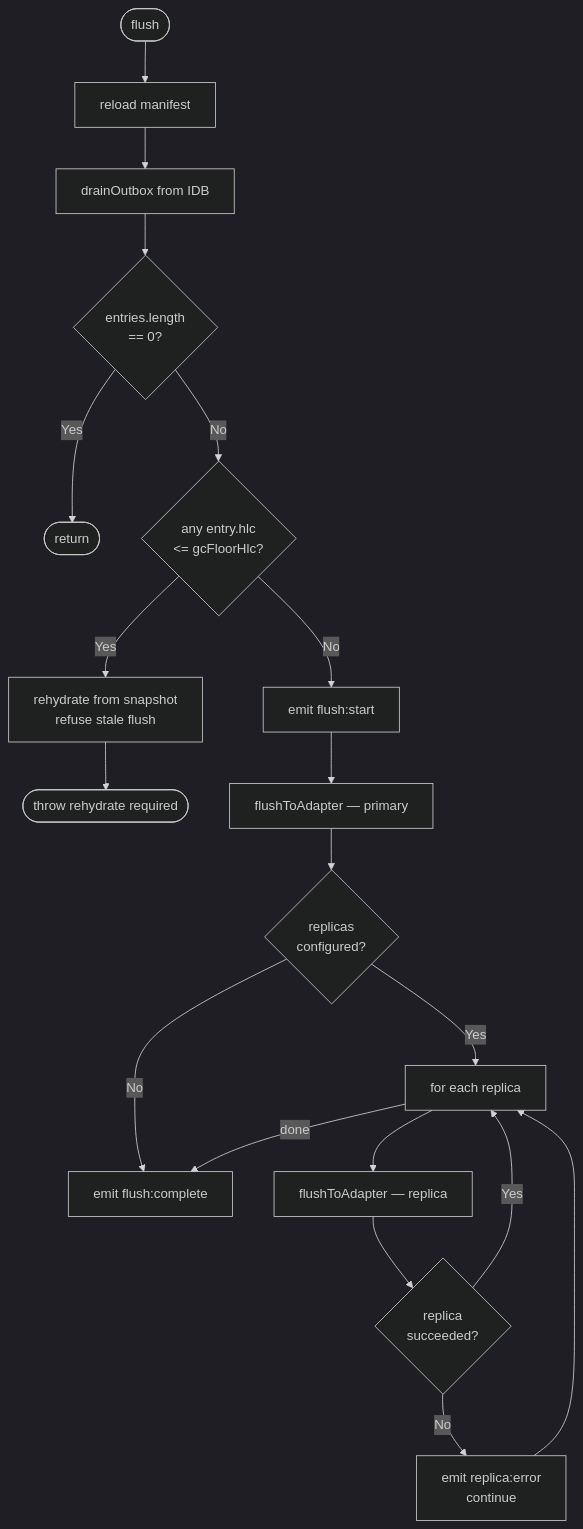
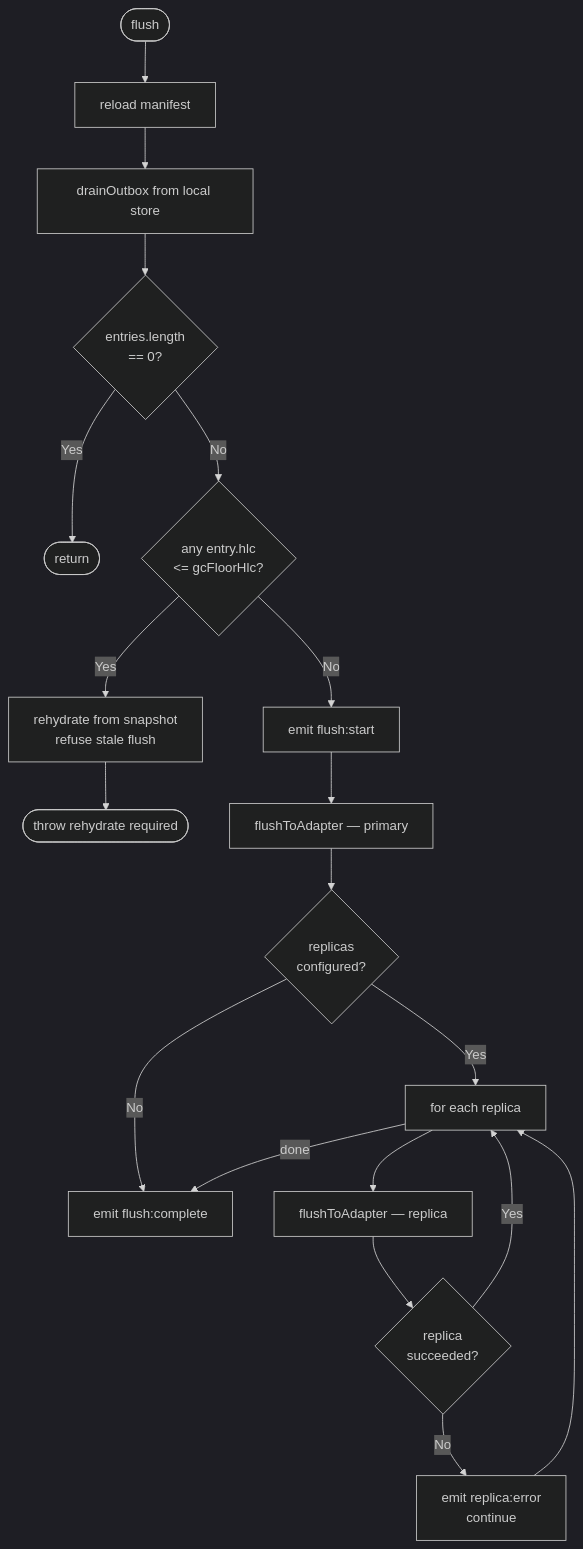
One commit to Machine-Garden/interocitor changed the third of 7 diagrams in docs/flows.md. Above: the diagram before and after it, drawn with Mermaid (dark theme). The commit also changed other lines of this file and 107 other files, not shown here.

````diff
--- a/docs/flows.md
+++ b/docs/flows.md
@@ -118,21 +135,21 @@
 ```mermaid
 flowchart TD
     A([flush]) --> A1[reload manifest]
-    A1 --> B[drainOutbox from IDB]
+    A1 --> B[drainOutbox from local store]
     B --> C{entries.length\n== 0?}
     C -- Yes --> DONE([return])
     C -- No --> C1{any entry.hlc\n<= gcFloorHlc?}
     C1 -- Yes --> R[rehydrate from snapshot\nrefuse stale flush]
     R --> ERR([throw rehydrate required])
     C1 -- No --> D[emit flush:start]
     D --> E[flushToAdapter — primary]
     E --> F{replicas\nconfigured?}
     F -- No --> G[emit flush:complete]
     F -- Yes --> H[for each replica]
     H --> I[flushToAdapter — replica]
     I --> J{replica\nsucceeded?}
     J -- No --> K[emit replica:error\ncontinue]
     J -- Yes --> H
     K --> H
     H -- done --> G
 ```
````
